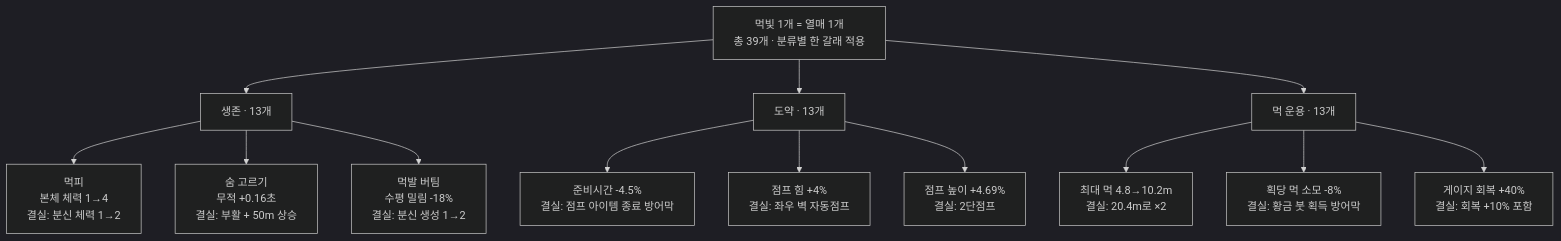
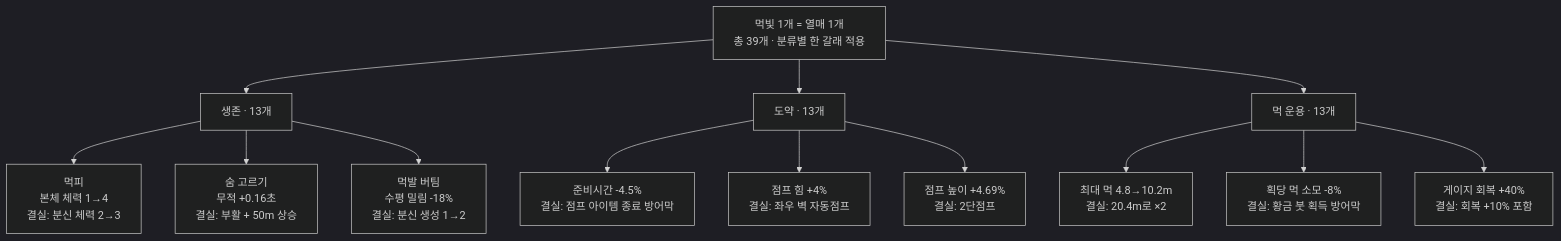
Before and after one commit to Team-Swooord/muk-jump: the first of 2 diagrams in README.md, drawn with Mermaid (dark theme). The commit also changed other lines of this file and 18 other files, not shown here.

````diff
--- a/README.md
+++ b/README.md
@@ -124,19 +124,19 @@
 ```mermaid
 flowchart TB
     M["먹빛 1개 = 열매 1개<br/>총 39개 · 분류별 한 갈래 적용"]
 
     M --> S["생존 · 13개"]
-    S --> SA["먹피<br/>본체 체력 1→4<br/>결실: 분신 체력 1→2"]
+    S --> SA["먹피<br/>본체 체력 1→4<br/>결실: 분신 체력 2→3"]
     S --> SB["숨 고르기<br/>무적 +0.16초<br/>결실: 부활 + 50m 상승"]
     S --> SC["먹발 버팀<br/>수평 밀림 -18%<br/>결실: 분신 생성 1→2"]
 
     M --> J["도약 · 13개"]
     J --> JA["준비시간 -4.5%<br/>결실: 점프 아이템 종료 방어막"]
     J --> JB["점프 힘 +4%<br/>결실: 좌우 벽 자동점프"]
     J --> JC["점프 높이 +4.69%<br/>결실: 2단점프"]
 
     M --> I["먹 운용 · 13개"]
     I --> IA["최대 먹 4.8→10.2m<br/>결실: 20.4m로 ×2"]
     I --> IB["획당 먹 소모 -8%<br/>결실: 황금 붓 획득 방어막"]
     I --> IC["게이지 회복 +40%<br/>결실: 회복 +10% 포함"]
 ```
````
